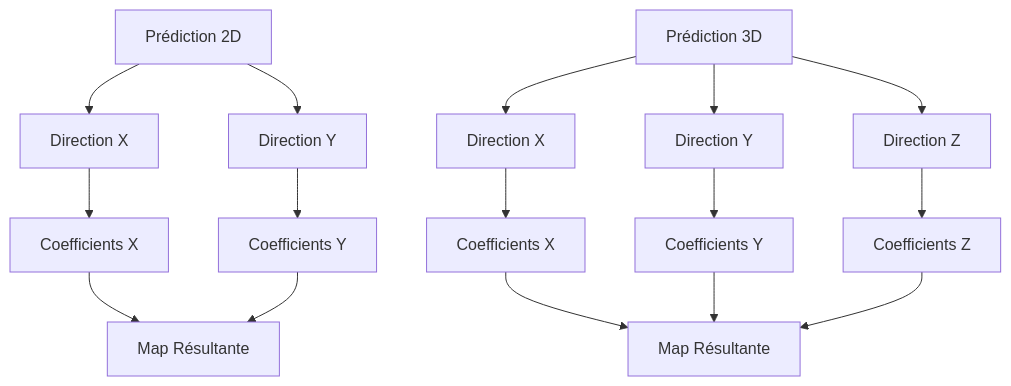
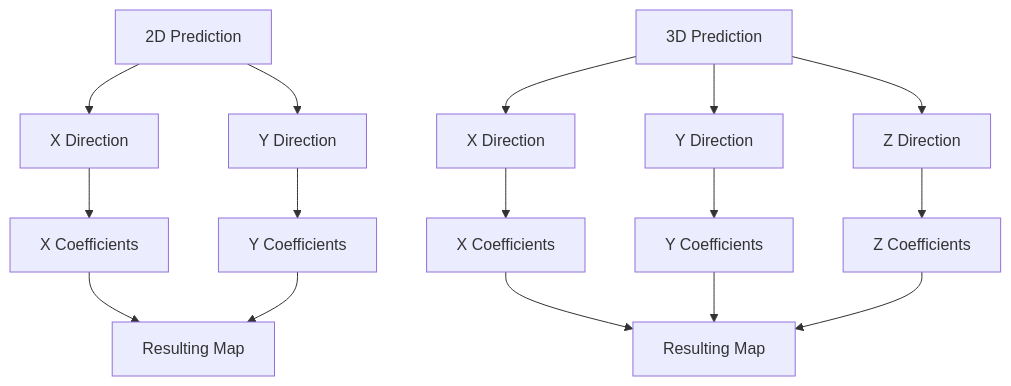
The fourth of 9 diagrams in docs/reconstruction_system.md (sbstndb/samurai), drawn with Mermaid before and after one commit. The commit also changed other lines of this file and 8 other files, not shown here.

````diff
--- a/docs/reconstruction_system.md
+++ b/docs/reconstruction_system.md
@@ -105,19 +105,19 @@
 ```mermaid
 graph TB
-    A[Prédiction 2D] --> B[Direction X]
-    A --> C[Direction Y]
-    B --> D[Coefficients X]
-    C --> E[Coefficients Y]
-    D --> F[Map Résultante]
+    A[2D Prediction] --> B[X Direction]
+    A --> C[Y Direction]
+    B --> D[X Coefficients]
+    C --> E[Y Coefficients]
+    D --> F[Resulting Map]
     E --> F
     
-    G[Prédiction 3D] --> H[Direction X]
-    G --> I[Direction Y]
-    G --> J[Direction Z]
-    H --> K[Coefficients X]
-    I --> L[Coefficients Y]
-    J --> M[Coefficients Z]
-    K --> N[Map Résultante]
+    G[3D Prediction] --> H[X Direction]
+    G --> I[Y Direction]
+    G --> J[Z Direction]
+    H --> K[X Coefficients]
+    I --> L[Y Coefficients]
+    J --> M[Z Coefficients]
+    K --> N[Resulting Map]
     L --> N
     M --> N
 ```
````
